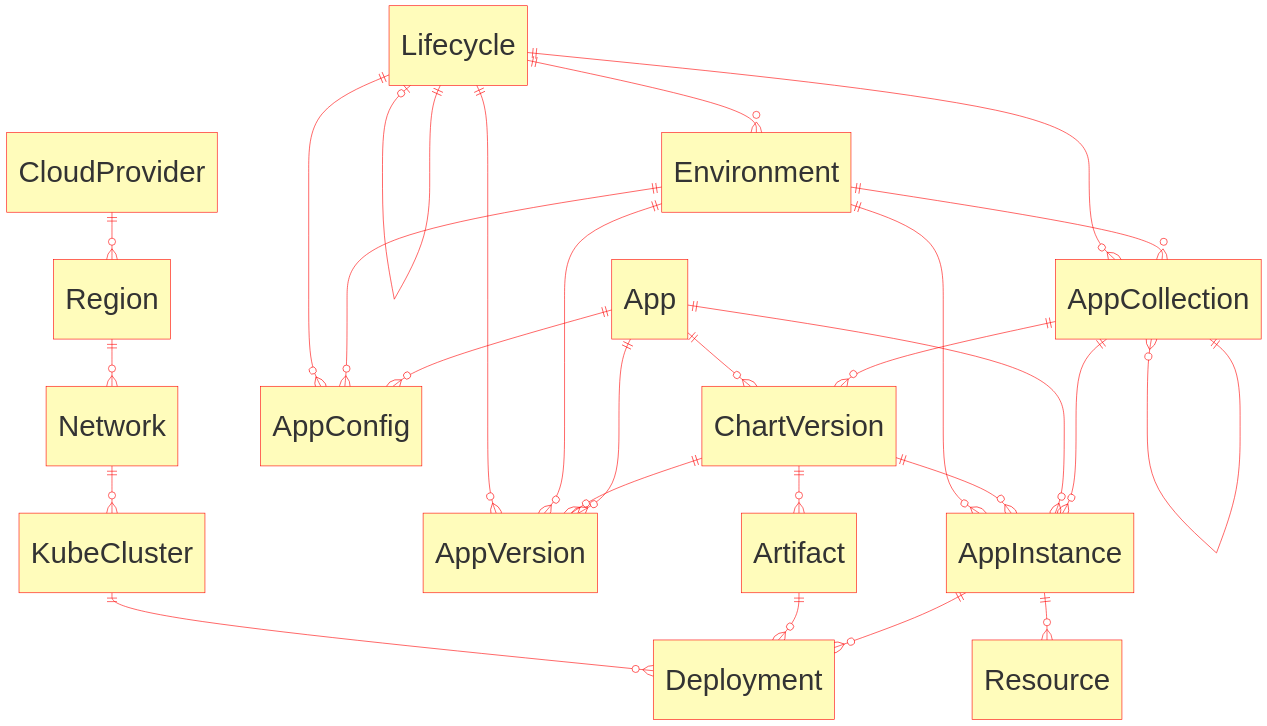
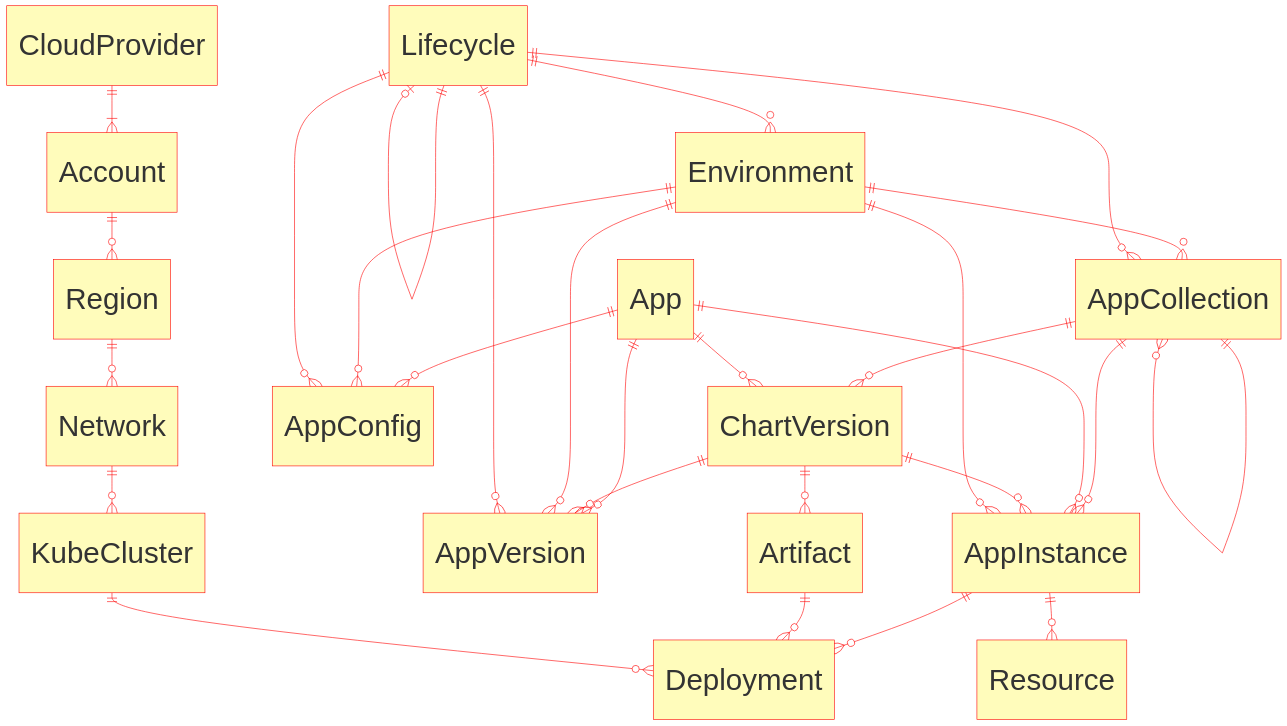
Before and after one commit to seizadi/cmdb: the diagram in docs/model.md, drawn with Mermaid. The commit also changed 3 other files, not shown here.

````diff
--- a/docs/model.md
+++ b/docs/model.md
@@ -1,30 +1,31 @@
 ```mermaid
 %%{init: {'theme': 'base', 'themeVariables': { 'primaryColor': '#fffcbb', 'fontFamily': 'aerial', 'fontSize': '50px', 'lineColor': '#ff0000', 'primaryBorderColor': '#ff0000'}}}%%
 erDiagram
     AppCollection ||--o{ ChartVersion : ""
     AppCollection ||--o{ AppCollection : ""
     AppCollection ||--o{ AppInstance : ""
     AppInstance ||--o{ Deployment : ""
     AppInstance ||--o{ Resource : ""
     App ||--o{ AppConfig : ""
     App ||--o{ AppInstance : ""
     App ||--o{ AppVersion : ""
     App ||--o{ ChartVersion : ""
     Artifact ||--o{ Deployment : ""
     ChartVersion ||--o{ AppInstance : ""
     ChartVersion ||--o{ AppVersion : ""
     ChartVersion ||--o{ Artifact : ""
-    CloudProvider ||--o{ Region : ""
+    CloudProvider ||--|{ Account : ""
+    Account ||--o{ Region : ""
     Environment ||--o{ AppCollection : ""    
     Environment ||--o{ AppConfig : ""
     Environment ||--o{ AppInstance : ""
     Environment ||--o{ AppVersion : ""
     KubeCluster ||--o{ Deployment : ""
     Lifecycle ||--o{ AppCollection : ""
     Lifecycle ||--o{ AppConfig : ""
     Lifecycle ||--o{ AppVersion : ""
     Lifecycle ||--o{ Environment : ""
     Lifecycle ||--o| Lifecycle : ""
     Network ||--o{ KubeCluster : ""
     Region ||--o{ Network : ""
 ```
````
